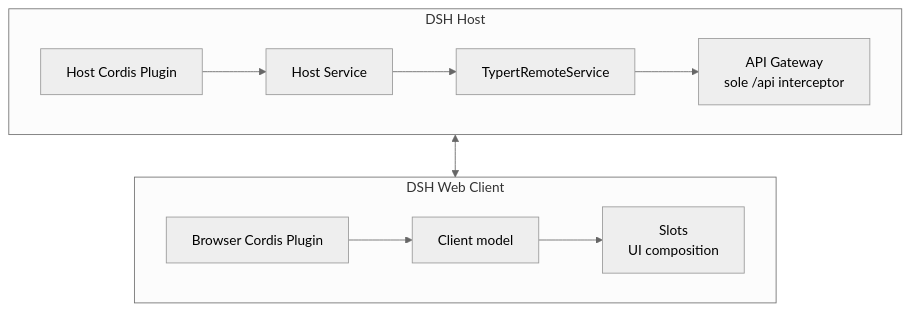
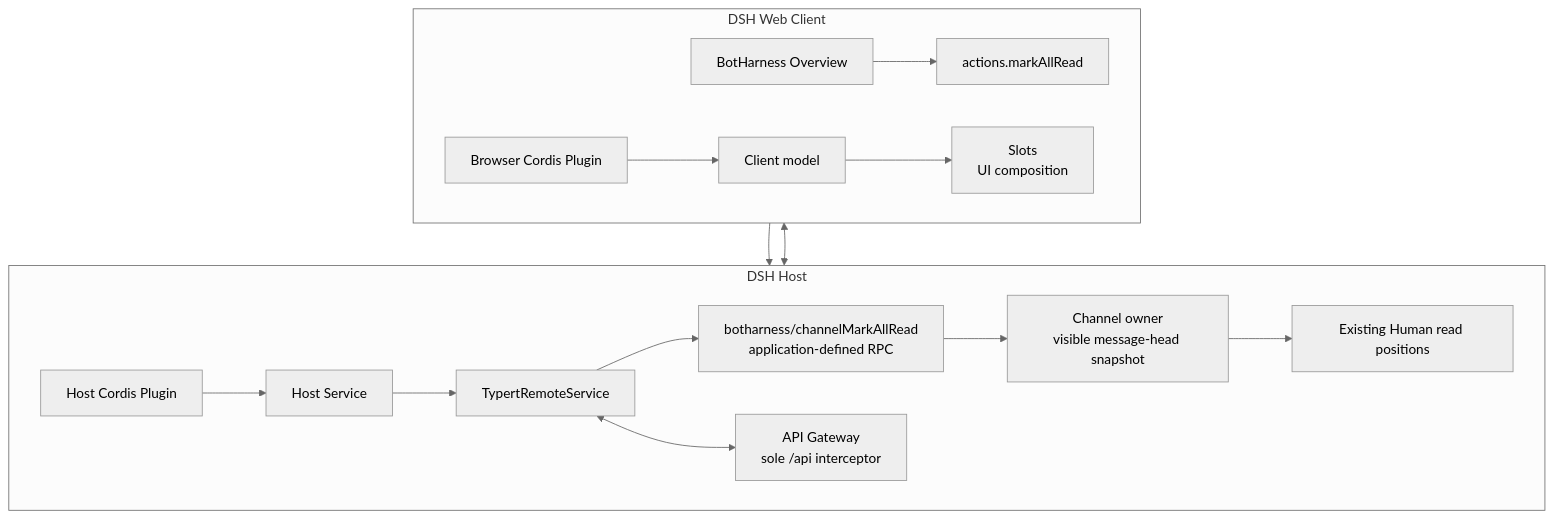
The diagram in docs/architecture/diagrams/en/09-dsh-host-client.mmd (BotHarness/BotHarness), drawn with Mermaid (neutral theme) before and after one commit. The commit also changed 39 other files, not shown here.

First line of the commit message:
feat: prioritize Overview actions, unread and Channel statistics (#705) (#706)

```diff
--- a/docs/architecture/diagrams/en/09-dsh-host-client.mmd
+++ b/docs/architecture/diagrams/en/09-dsh-host-client.mmd
@@ -1,13 +1,18 @@
 flowchart TB
   subgraph Host["DSH Host"]
     direction LR
     HostPlugin["Host Cordis Plugin"] --> Service["Host Service"]
     Service --> Remote["TypertRemoteService"]
-    Remote --> Gateway["API Gateway<br/>sole /api interceptor"]
+    ReadRPC["botharness/channelMarkAllRead<br/>application-defined RPC"] --> Channels["Channel owner<br/>visible message-head snapshot"]
+    Channels --> ReadPositions["Existing Human read positions"]
+    Remote <--> Gateway["API Gateway<br/>sole /api interceptor"]
   end
   subgraph Browser["DSH Web Client"]
     direction LR
     ClientPlugin["Browser Cordis Plugin"] --> Model["Client model"]
+    Overview["BotHarness Overview"] --> ReadAction["actions.markAllRead"]
     Model --> Slots["Slots<br/>UI composition"]
   end
   Gateway <--> Model
+  ReadAction --> Gateway
+  Remote --> ReadRPC
```
